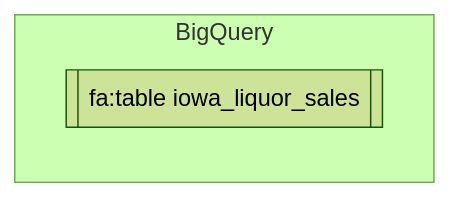
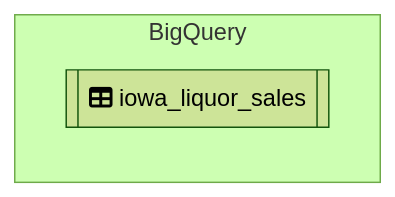
The first of 2 diagrams in README.md (fernandeznico/yalo_challenge), drawn with Mermaid (forest theme) before and after one commit.

Commit message:
README | Fix fontawesome adding fa-

````diff
--- a/README.md
+++ b/README.md
@@ -6,6 +6,6 @@
 ```mermaid
 flowchart LR;
     subgraph BigQuery
-        iowa_liquor_sales[[fa:table iowa_liquor_sales]]
+        iowa_liquor_sales[[fa:fa-table iowa_liquor_sales]]
     end
 ```
````
